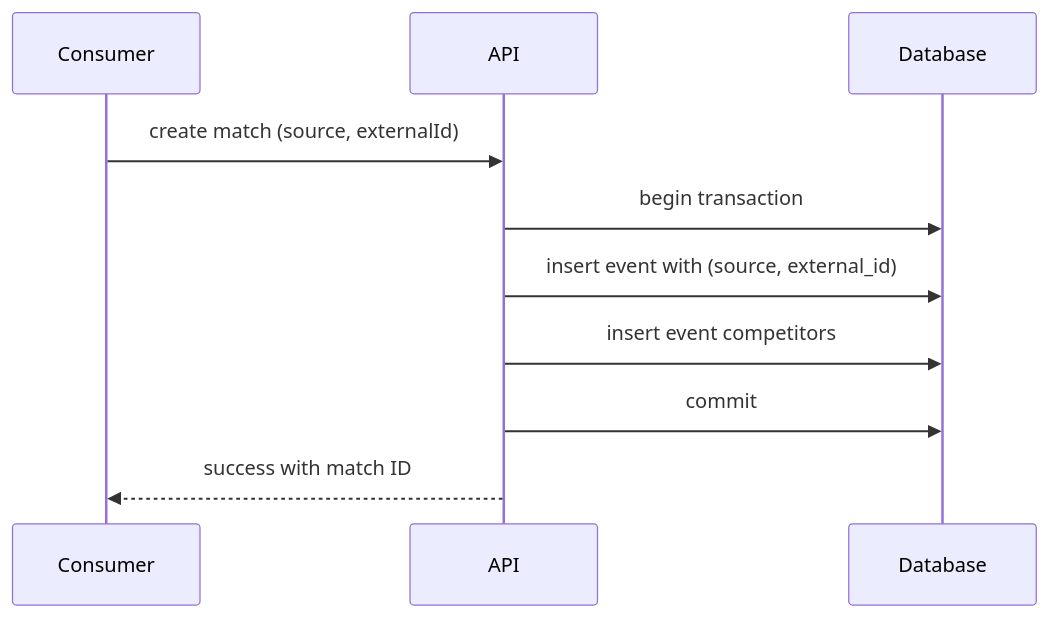
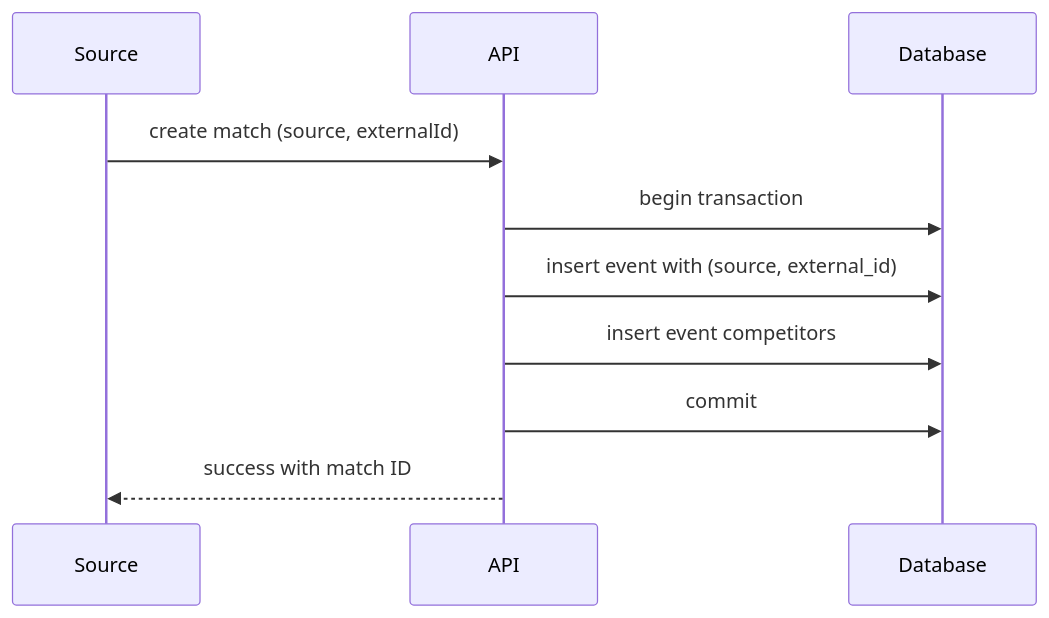
One commit to DPostnik/sports-event-platform changed the third of 5 diagrams in docs/system-design.md. Above: the diagram before and after it, drawn with Mermaid.

Commit message:
Name the writer in the create flow as Source

````diff
--- a/docs/system-design.md
+++ b/docs/system-design.md
@@ -72,12 +72,12 @@
 ```mermaid
 sequenceDiagram
-    participant C as Consumer
+    participant S as Source
     participant A as API
     participant D as Database
-    C->>A: create match (source, externalId)
+    S->>A: create match (source, externalId)
     A->>D: begin transaction
     A->>D: insert event with (source, external_id)
     A->>D: insert event competitors
     A->>D: commit
-    A-->>C: success with match ID
+    A-->>S: success with match ID
 ```
````
